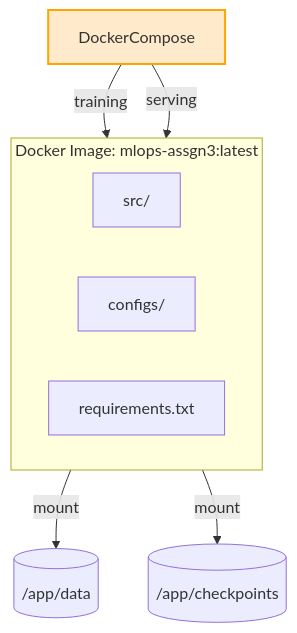
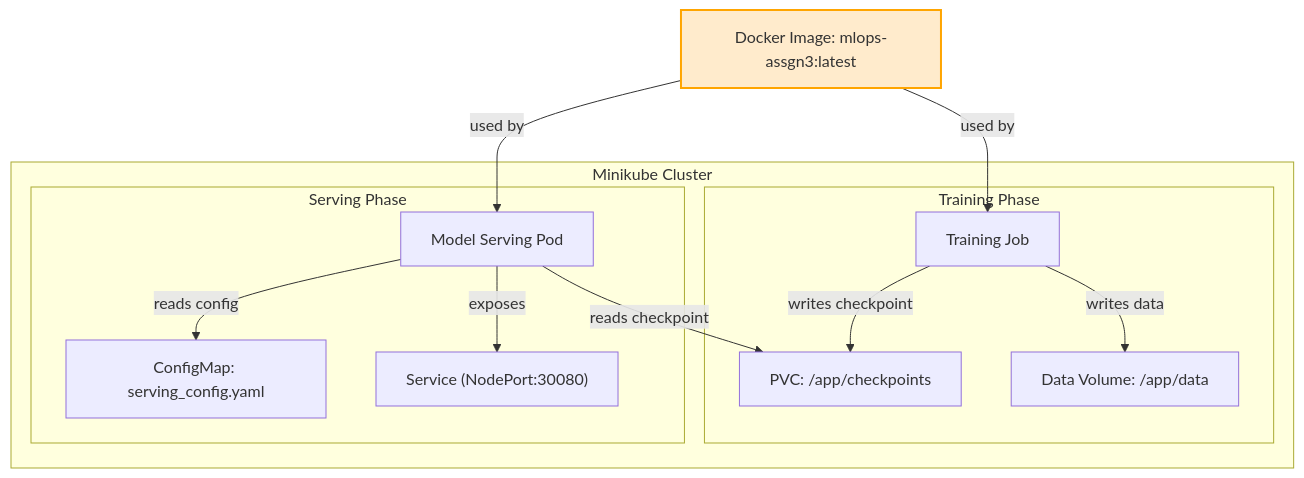
The diagram in README.md (Dphilomath/mlops-pytorch-pipeline), drawn with Mermaid before and after one commit.

Commit message:
make diagram according to k8s arch instead of docker compose

````diff
--- a/README.md
+++ b/README.md
@@ -7,14 +7,18 @@
 ```mermaid
 flowchart TD
-    subgraph DockerImage[Docker Image: mlops-assgn3:latest]
-        A[src/]
-        B[configs/]
-        C[requirements.txt]
+    subgraph Cluster[Minikube Cluster]
+        subgraph Training[Training Phase]
+            T[Training Job] -->|writes checkpoint| PVC[PVC: /app/checkpoints]
+            T -->|writes data| DataVol[Data Volume: /app/data]
+        end
+        subgraph Serving[Serving Phase]
+            S[Model Serving Pod] -->|reads checkpoint| PVC
+            S -->|reads config| CM[ConfigMap: serving_config.yaml]
+            S -->|exposes| Service["Service (NodePort:30080)"]
+        end
     end
-    DockerCompose -->|training| DockerImage
-    DockerCompose -->|serving| DockerImage
-    DockerImage -->|mount| data_volume[(/app/data)]
-    DockerImage -->|mount| ckpt_volume[(/app/checkpoints)]
+    DockerImage[Docker Image: mlops-assgn3:latest] -->|used by| T
+    DockerImage -->|used by| S
     classDef orange fill:#ffebcc,stroke:#ffa500,stroke-width:2px;
-    class DockerCompose orange;
+    class DockerImage orange;
 ```
````
